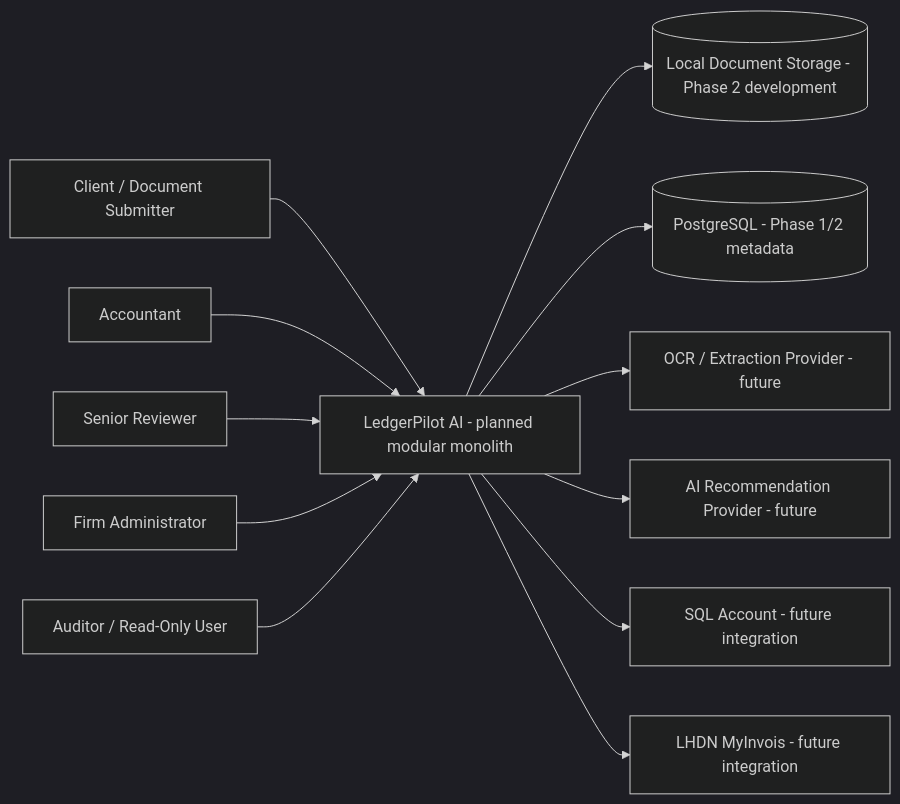
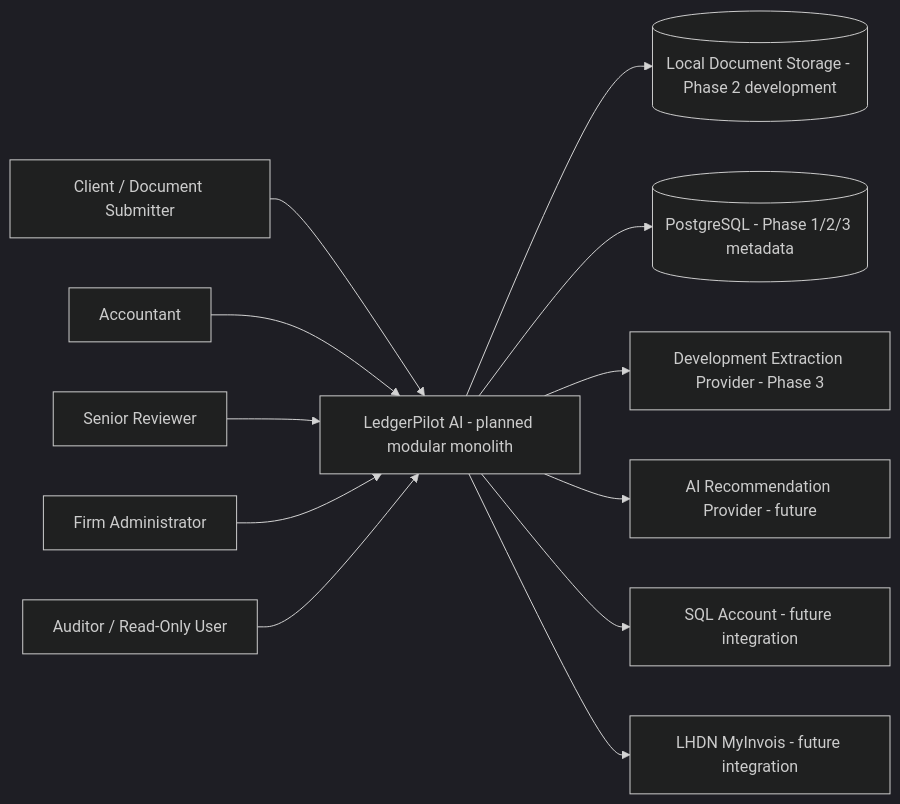
The first of 2 diagrams in docs/ARCHITECTURE.md (Linardi1328/ledgerpilot-ai), drawn with Mermaid (dark theme) before and after one commit. The commit also changed other lines of this file and 53 other files, not shown here.

Commit message:
feat: add Phase 3 structured extraction foundation

````diff
--- a/docs/ARCHITECTURE.md
+++ b/docs/ARCHITECTURE.md
@@ -87,14 +94,14 @@
 ```mermaid
 flowchart LR
     Client[Client / Document Submitter] --> LP[LedgerPilot AI - planned modular monolith]
     Accountant[Accountant] --> LP
     Senior[Senior Reviewer] --> LP
     Admin[Firm Administrator] --> LP
     Auditor[Auditor / Read-Only User] --> LP
     LP --> Store[(Local Document Storage - Phase 2 development)]
-    LP --> DB[(PostgreSQL - Phase 1/2 metadata)]
-    LP --> OCR[OCR / Extraction Provider - future]
+    LP --> DB[(PostgreSQL - Phase 1/2/3 metadata)]
+    LP --> OCR[Development Extraction Provider - Phase 3]
     LP --> AI[AI Recommendation Provider - future]
     LP --> SQL[SQL Account - future integration]
     LP --> MY[LHDN MyInvois - future integration]
 ```
````
